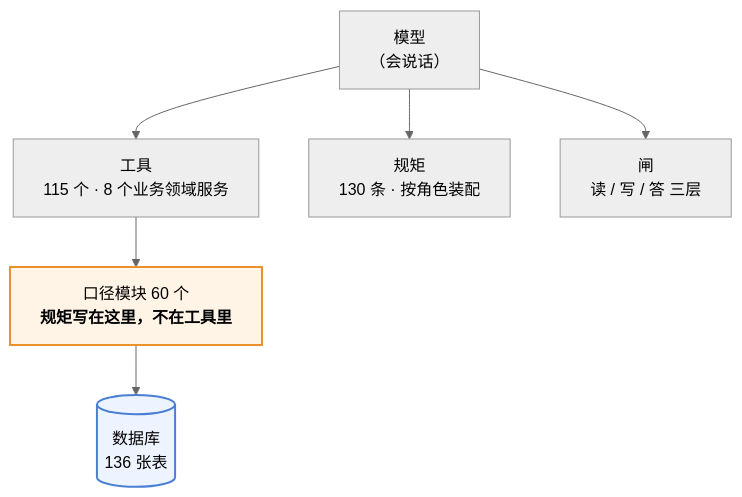
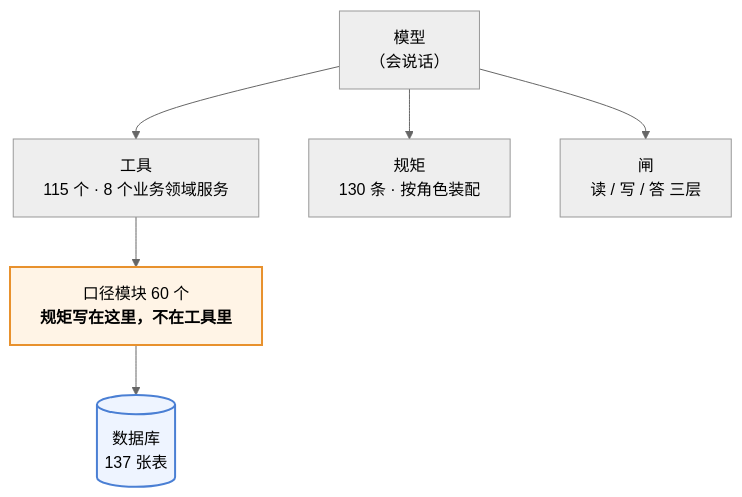
The first of 3 diagrams in 澜绣云裳agent-产品说明.md (843773296-rgb/lanxiu-yunshang-agent), drawn with Mermaid (neutral theme) before and after one commit. The commit also changed other lines of this file and 3 other files, not shown here.

````diff
--- a/澜绣云裳agent-产品说明.md
+++ b/澜绣云裳agent-产品说明.md
@@ -62,12 +62,12 @@
 ```mermaid
 flowchart TD
     M["模型<br/>（会说话）"]
     M --> T["工具<br/>115 个 · 8 个业务领域服务"]
     M --> R["规矩<br/>130 条 · 按角色装配"]
     M --> G["闸<br/>读 / 写 / 答 三层"]
     T --> K["口径模块 60 个<br/><b>规矩写在这里，不在工具里</b>"]
-    K --> DB[("数据库<br/>136 张表")]
+    K --> DB[("数据库<br/>137 张表")]
 
     style K fill:#fff4e6,stroke:#e8912d,stroke-width:2px
     style DB fill:#eef4ff,stroke:#4a7fd4,stroke-width:2px
 ```
````
